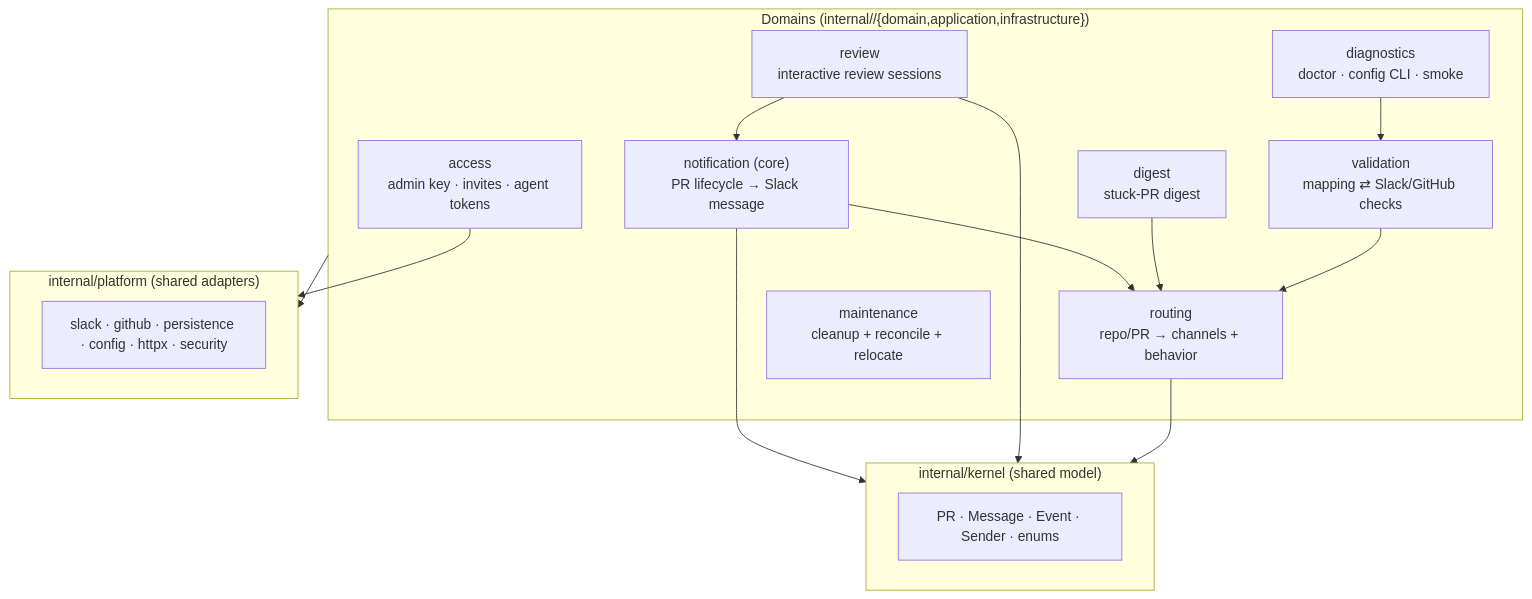
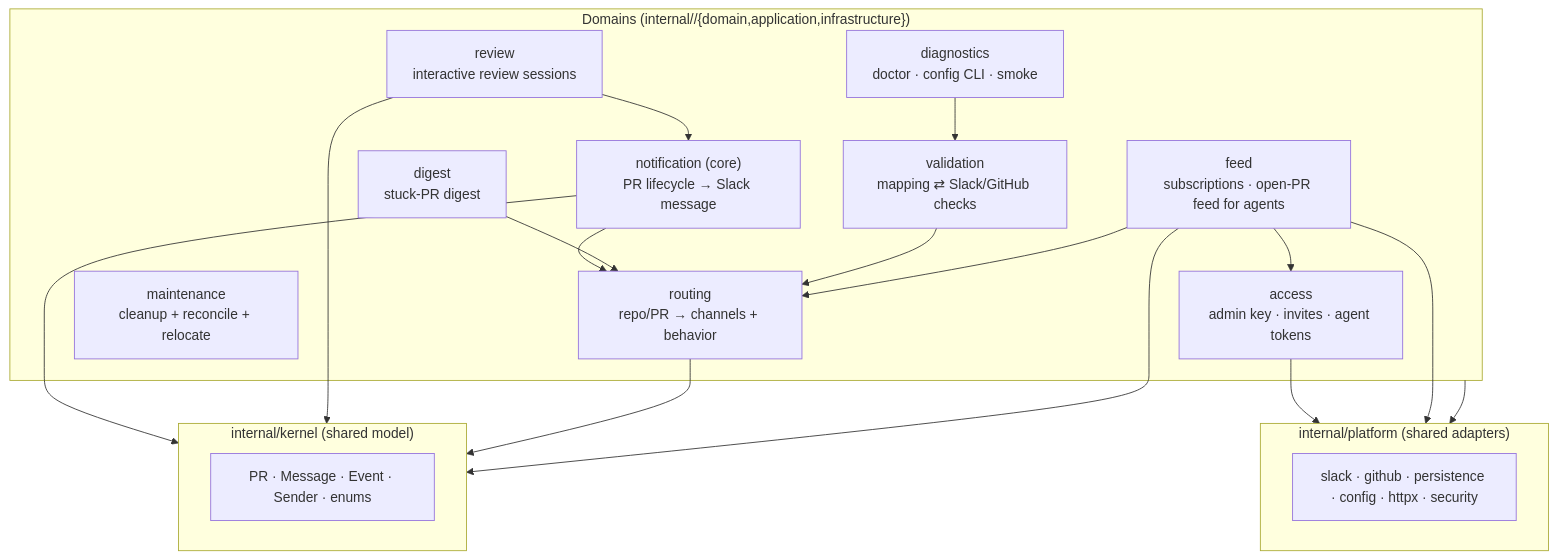
One commit to mptooling/notifycat changed the diagram in ARCHITECTURE.md. Above: the diagram before and after it, drawn with Mermaid. The commit also changed other lines of this file and 79 other files, not shown here.

Commit message:
feat(feed): subscriptions and open PR list for agents (#220)

````diff
--- a/ARCHITECTURE.md
+++ b/ARCHITECTURE.md
@@ -64,29 +64,34 @@
 ```mermaid
 flowchart TB
   subgraph domains["Domains (internal/<domain>/{domain,application,infrastructure})"]
     notification["notification (core)<br/>PR lifecycle → Slack message"]
     review["review<br/>interactive review sessions"]
     routing["routing<br/>repo/PR → channels + behavior"]
     validation["validation<br/>mapping ⇄ Slack/GitHub checks"]
     digest["digest<br/>stuck-PR digest"]
     maintenance["maintenance<br/>cleanup + reconcile + relocate"]
     diagnostics["diagnostics<br/>doctor · config CLI · smoke"]
     access["access<br/>admin key · invites · agent tokens"]
+    feed["feed<br/>subscriptions · open-PR feed for agents"]
   end
   subgraph kernel["internal/kernel (shared model)"]
     k["PR · Message · Event · Sender · enums"]
   end
   subgraph platform["internal/platform (shared adapters)"]
     p["slack · github · persistence · config · httpx · security"]
   end
   notification --> kernel
   review --> kernel
   routing --> kernel
   notification --> routing
   review --> notification
   digest --> routing
   validation --> routing
   diagnostics --> validation
   access --> platform
+  feed --> kernel
+  feed --> routing
+  feed --> access
+  feed --> platform
   domains --> platform
 ```
````
